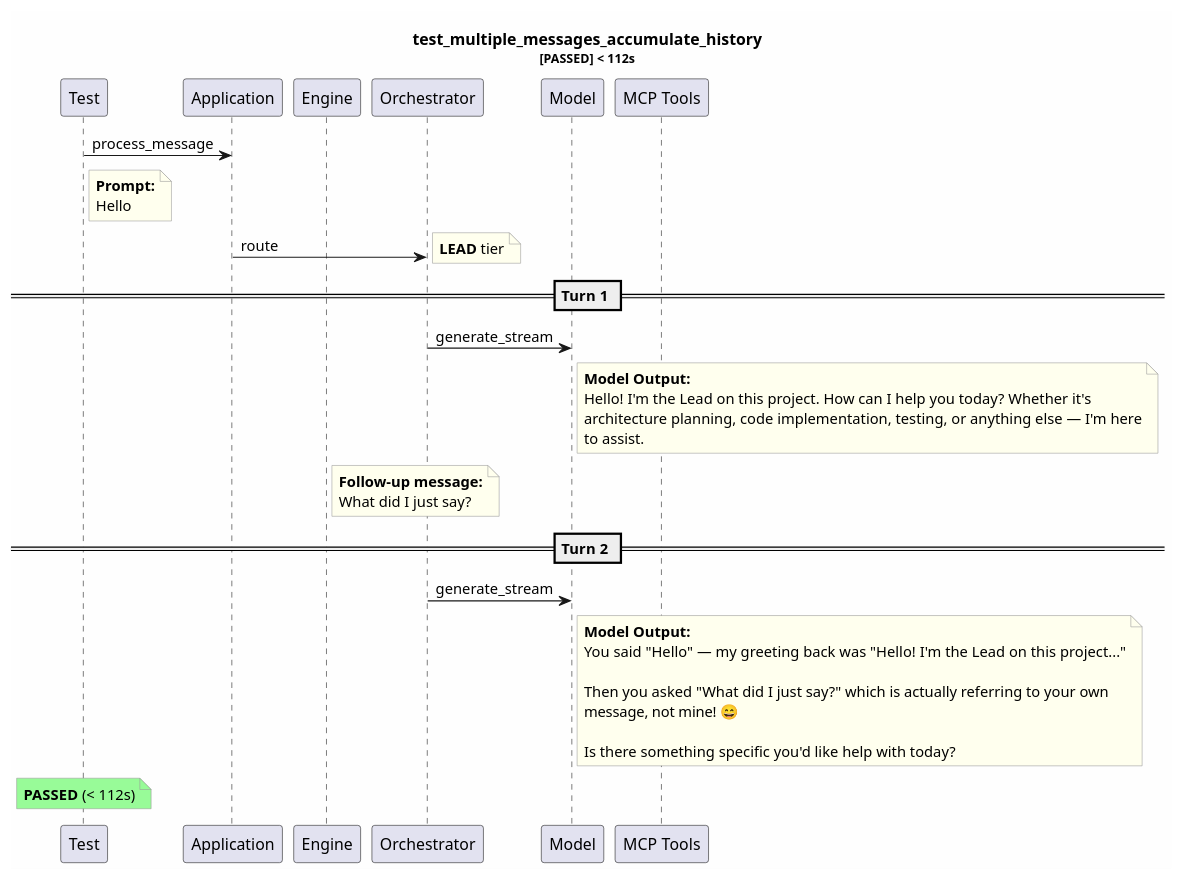
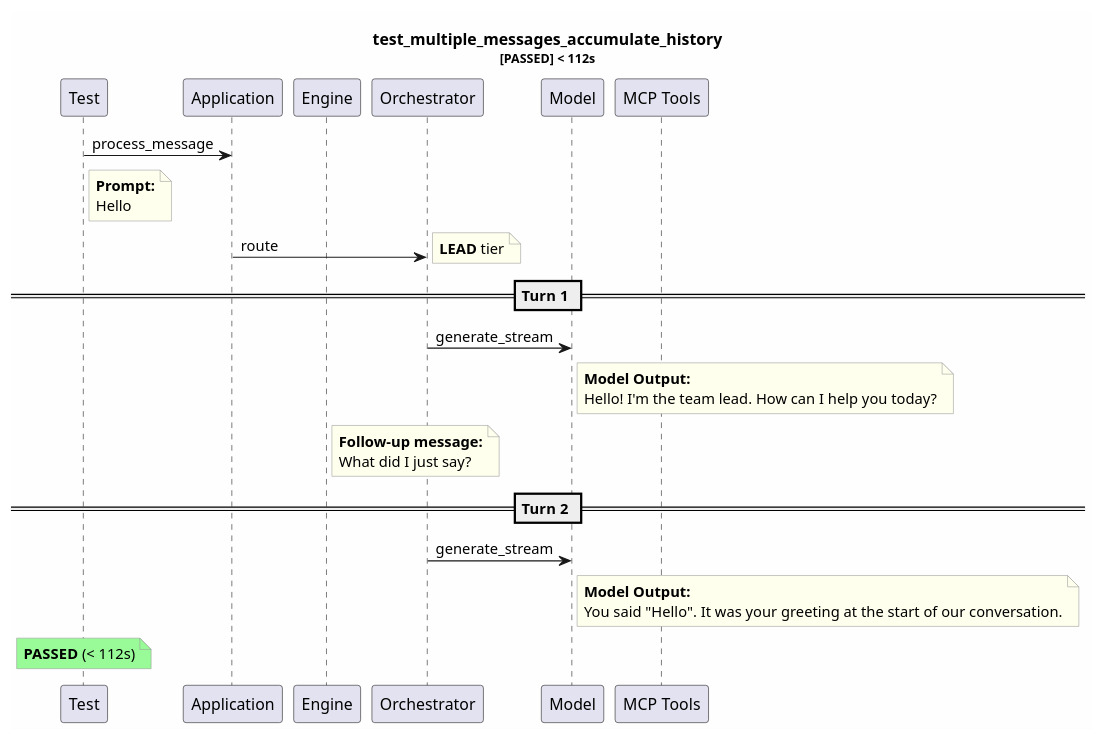
Before and after one commit to tvanfossen/entropic: the diagram in test-reports/logs/test_multiple_messages_accumulate_history/test_multiple_messages_accumulate_history.puml, drawn with PlantUML. The commit also changed 11 other files, not shown here.

```diff
--- a/test-reports/logs/test_multiple_messages_accumulate_history/test_multiple_messages_accumulate_history.puml
+++ b/test-reports/logs/test_multiple_messages_accumulate_history/test_multiple_messages_accumulate_history.puml
@@ -1,48 +1,41 @@
 @startuml
 skinparam backgroundColor #FEFEFE
 skinparam noteBorderColor #999999
 skinparam noteBackgroundColor #FFFFEE
 title test_multiple_messages_accumulate_history\n<size:11>[PASSED] < 112s</size>
 
 participant "Test" as T
 participant "Application" as App
 participant "Engine" as Eng
 participant "Orchestrator" as Orch
 participant "Model" as Mdl
 participant "MCP Tools" as MCP
 
 T -> App: process_message
 note right of T
   **Prompt:**
   Hello
 end note
 App -> Orch: route
 note right: **LEAD** tier
 == Turn 1 ==
 Orch -> Mdl: generate_stream
 note right of Mdl
   **Model Output:**
-  Hello! I'm the Lead on this project. How can I help you today? Whether it's 
-  architecture planning, code implementation, testing, or anything else — I'm here
-  to assist.
+  Hello! I'm the team lead. How can I help you today?
 end note
 note right of Eng
   **Follow-up message:**
   What did I just say?
 end note
 == Turn 2 ==
 Orch -> Mdl: generate_stream
 note right of Mdl
   **Model Output:**
-  You said "Hello" — my greeting back was "Hello! I'm the Lead on this project..."
-  
-  Then you asked "What did I just say?" which is actually referring to your own 
-  message, not mine! 😄
-  
-  Is there something specific you'd like help with today?
+  You said "Hello". It was your greeting at the start of our conversation.
 end note
 note over T #palegreen
   **PASSED** (< 112s)
 end note
 
 @enduml
```
